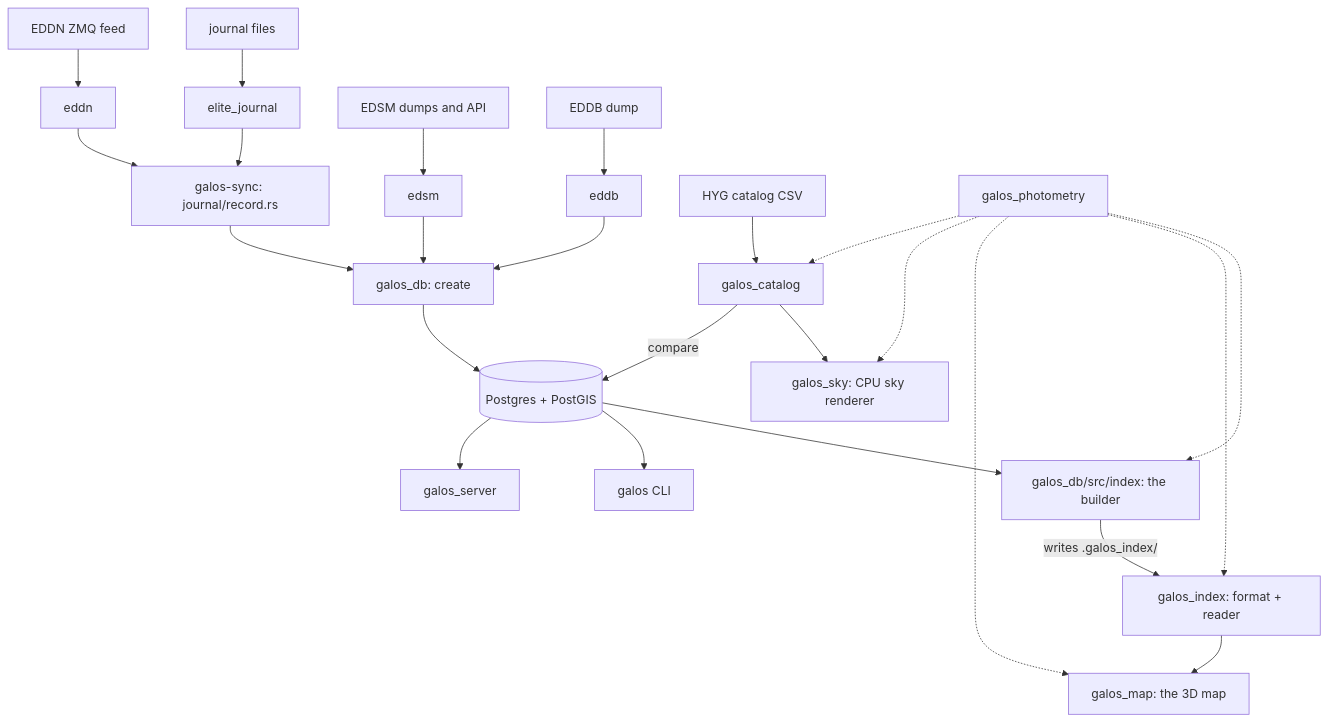
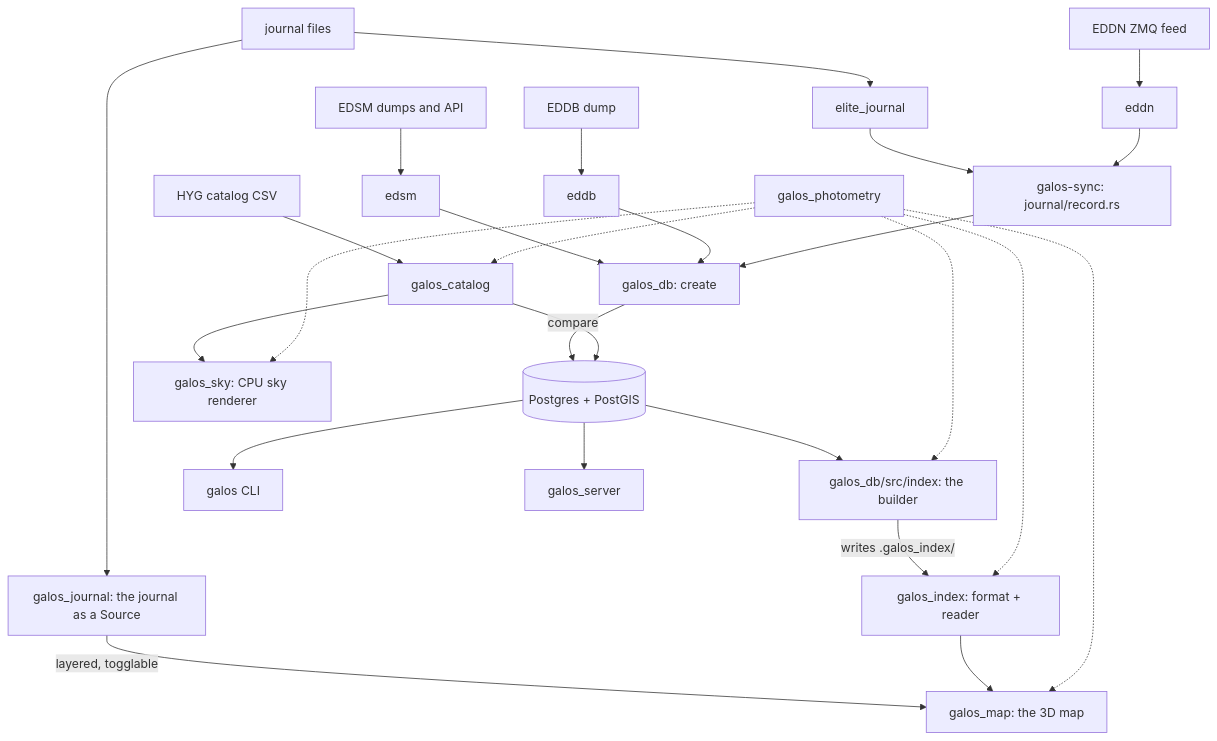
Before and after one commit to nixpulvis/galos: the diagram in ARCHITECTURE.md, drawn with Mermaid. The commit also changed other lines of this file and 19 other files, not shown here.

````diff
--- a/ARCHITECTURE.md
+++ b/ARCHITECTURE.md
@@ -20,31 +28,33 @@
 ```mermaid
 flowchart TD
     J[journal files] --> ES[elite_journal]
     N[EDDN ZMQ feed] --> ED[eddn]
     S[EDSM dumps and API] --> ES2[edsm]
     B[EDDB dump] --> ED2[eddb]
 
     ES --> R["galos-sync: journal/record.rs"]
     ED --> R
+    J --> JI["galos_journal: the journal as a Source"]
+    JI -->|"layered, togglable"| MAP
     ES2 --> DBW
     ED2 --> DBW
     R --> DBW[galos_db: create]
 
     DBW --> PG[(Postgres + PostGIS)]
     PG --> BAKE["galos_db/src/index: the builder"]
     BAKE -->|"writes .galos_index/"| IDX["galos_index: format + reader"]
 
     IDX --> MAP["galos_map: the 3D map"]
     PG --> CLI[galos CLI]
     PG --> SRV[galos_server]
 
     HYG[HYG catalog CSV] --> CAT[galos_catalog]
     CAT --> SKY["galos_sky: CPU sky renderer"]
     CAT -->|compare| PG
 
     PHOT[galos_photometry] -.-> BAKE
     PHOT -.-> IDX
     PHOT -.-> MAP
     PHOT -.-> SKY
     PHOT -.-> CAT
 ```
````
